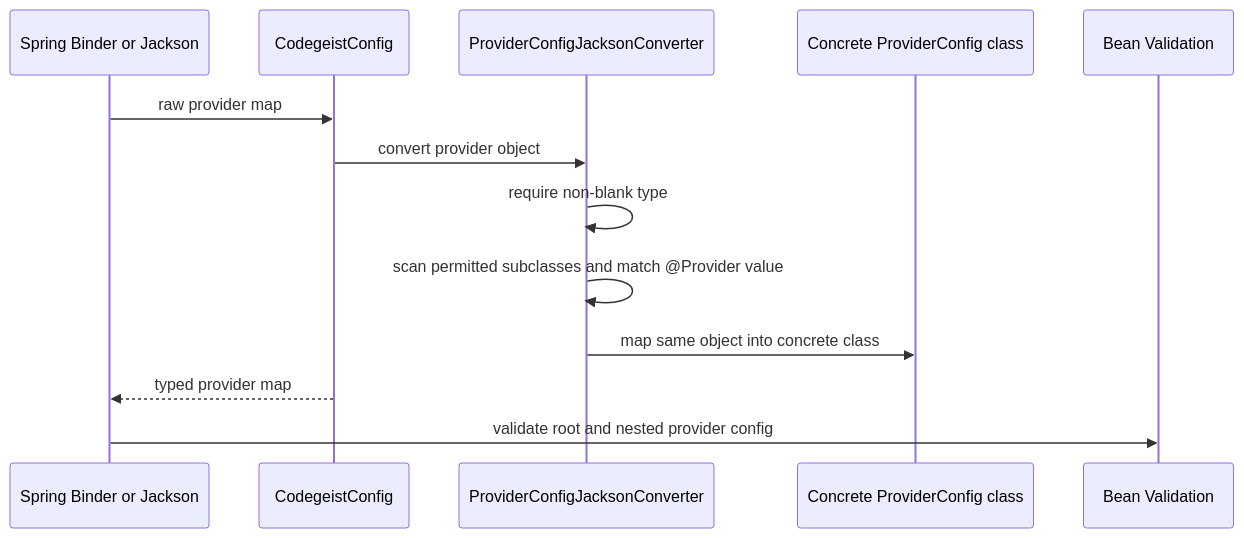
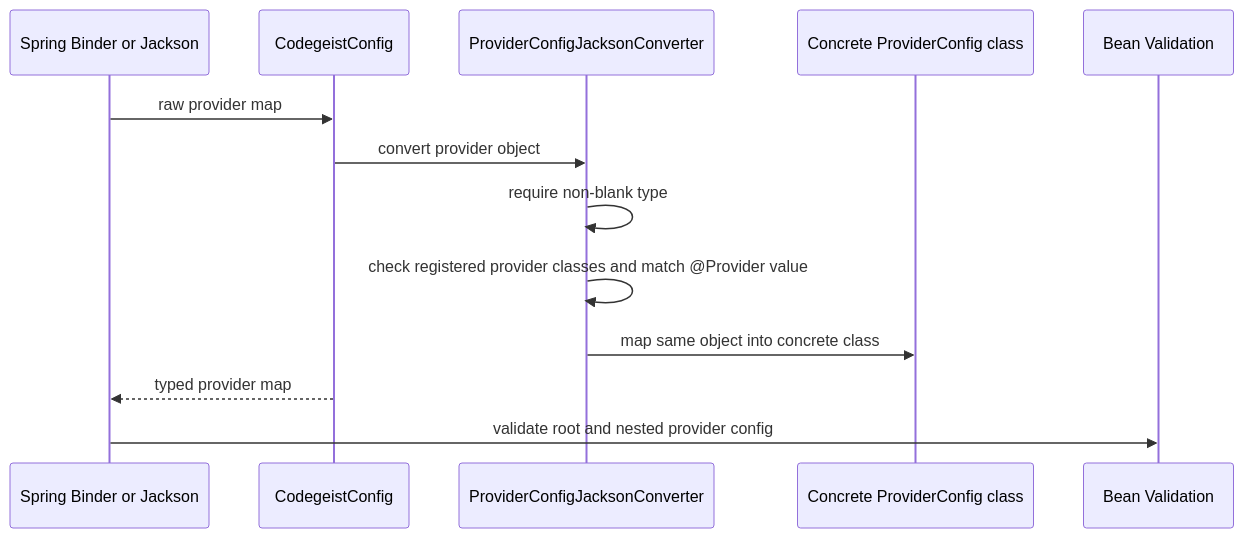
The third of 5 diagrams in docs/developer/architecture/provider-configuration.md (codegeist-ai/codegeist), drawn with Mermaid before and after one commit. The commit also changed other lines of this file and 54 other files, not shown here.

````diff
--- a/docs/developer/architecture/provider-configuration.md
+++ b/docs/developer/architecture/provider-configuration.md
@@ -172,16 +246,16 @@
 ```mermaid
 sequenceDiagram
     participant Binder as Spring Binder or Jackson
     participant Config as CodegeistConfig#setProvider
     participant Converter as ProviderConfigJacksonConverter
     participant ProviderClass as Concrete ProviderConfig class
     participant Validator as Bean Validation
 
     Binder->>Config: raw provider map
     Config->>Converter: convert provider object
     Converter->>Converter: require non-blank type
-    Converter->>Converter: scan permitted subclasses and match @Provider value
+    Converter->>Converter: check registered provider classes and match @Provider value
     Converter->>ProviderClass: map same object into concrete class
     Config-->>Binder: typed provider map
     Binder->>Validator: validate root and nested provider config
 ```
````
